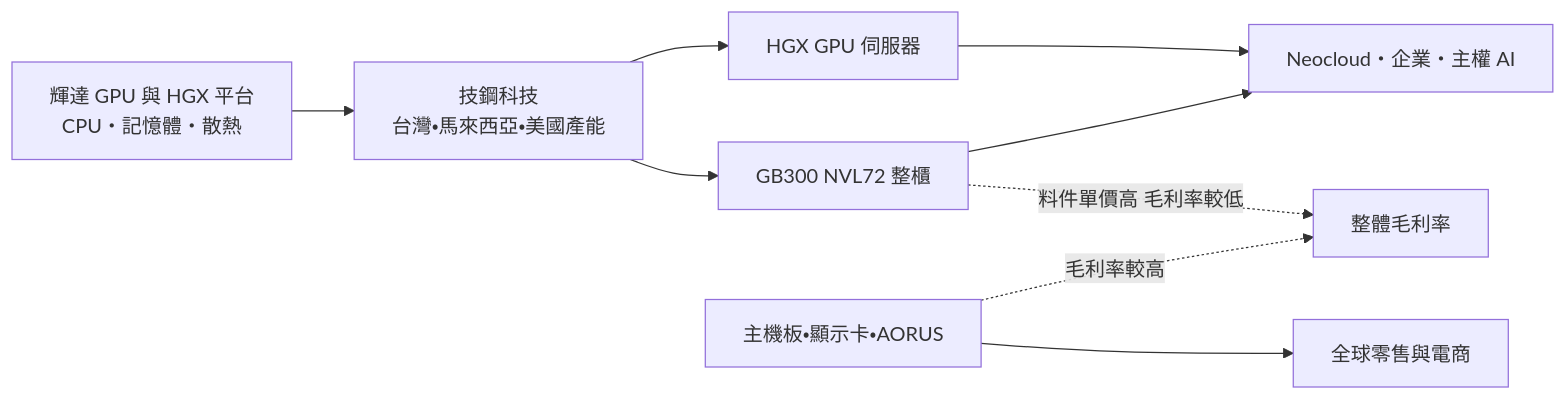
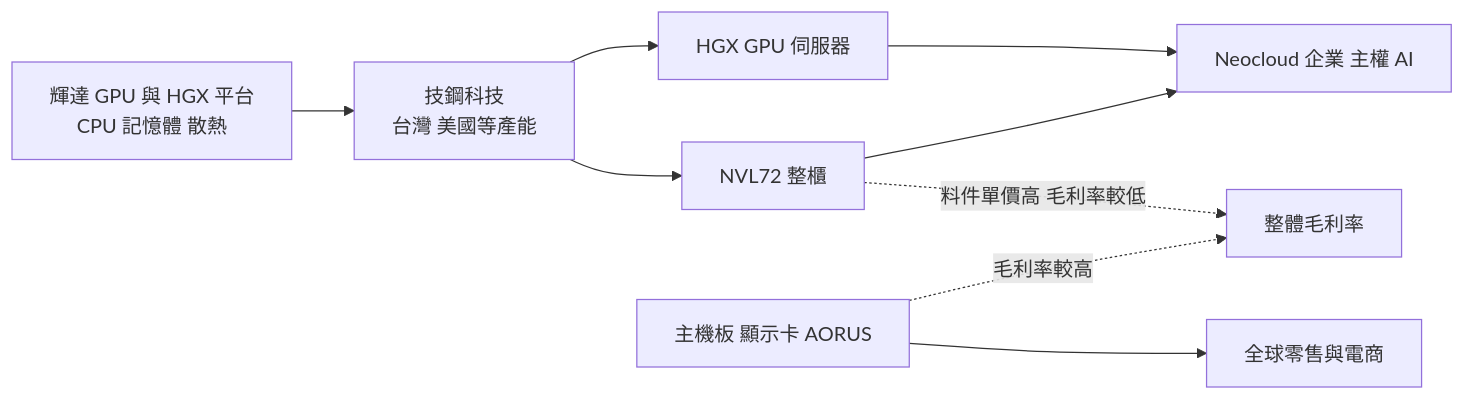
Before and after one commit to wangnick1004/taiwan-stock-vault: the second of 4 diagrams in 個股/台股/2376技嘉.md, drawn with Mermaid. The commit also changed other lines of this file and 19 other files, not shown here.

````diff
--- a/個股/台股/2376技嘉.md
+++ b/個股/台股/2376技嘉.md
@@ -68,11 +72,11 @@
 ```mermaid
 flowchart LR
-    A[輝達 GPU 與 HGX 平台<br/>CPU・記憶體・散熱] --> B[技鋼科技<br/>台灣・馬來西亞・美國產能]
+    A["輝達 GPU 與 HGX 平台<br/>CPU 記憶體 散熱"] --> B["技鋼科技<br/>台灣 美國等產能"]
     B --> C[HGX GPU 伺服器]
-    B --> D[GB300 NVL72 整櫃]
-    C --> E[Neocloud・企業・主權 AI]
+    B --> D[NVL72 整櫃]
+    C --> E["Neocloud 企業 主權 AI"]
     D --> E
-    F[主機板・顯示卡・AORUS] --> G[全球零售與電商]
+    F["主機板 顯示卡 AORUS"] --> G[全球零售與電商]
     D -. 料件單價高 毛利率較低 .-> H[整體毛利率]
     F -. 毛利率較高 .-> H
 ```
````
